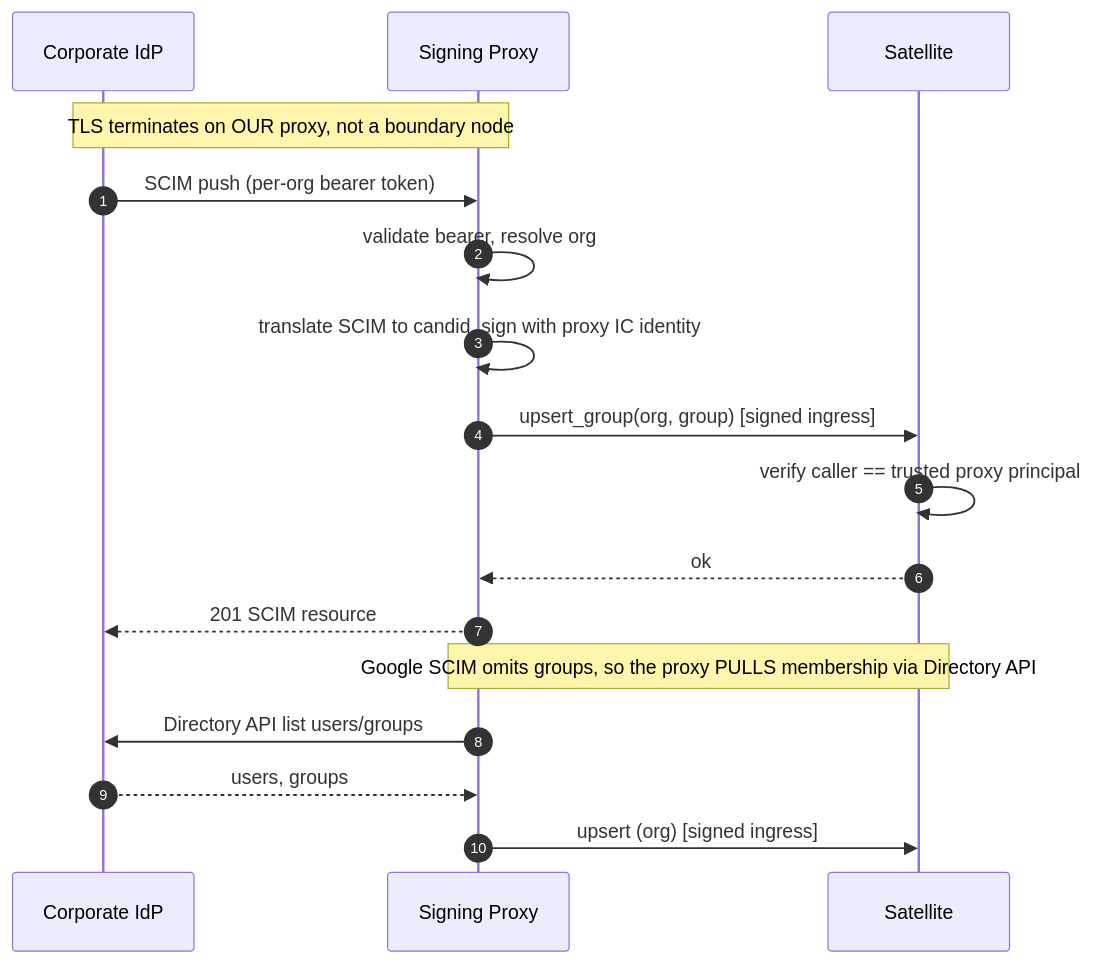
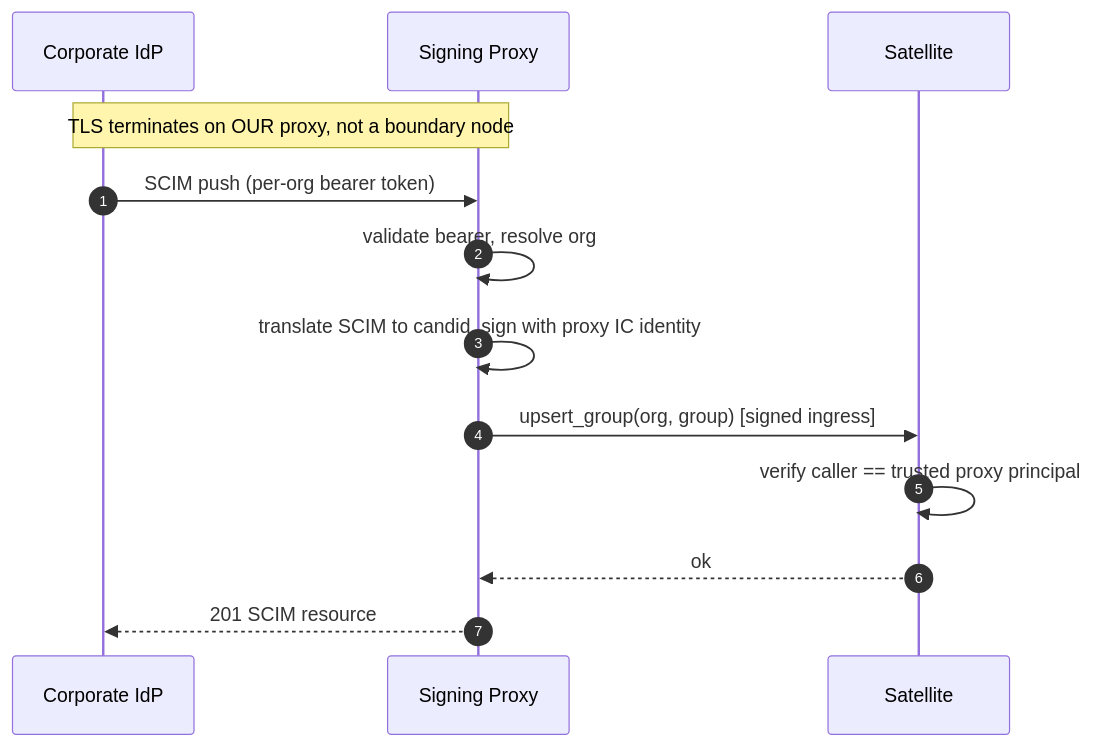
One commit to dfinity/internet-identity changed the third of 5 diagrams in docs/ongoing/enterprise-sso-per-app-access-control.md. Above: the diagram before and after it, drawn with Mermaid. The commit also changed other lines of this file, not shown here.

First line of the commit message:
docs: SCIM push only; Google in scope with admin-defined groups

````diff
--- a/docs/ongoing/enterprise-sso-per-app-access-control.md
+++ b/docs/ongoing/enterprise-sso-per-app-access-control.md
@@ -255,19 +259,15 @@
 ```mermaid
 sequenceDiagram
     autonumber
     participant IdP as Corporate IdP
     participant PX as Signing Proxy
     participant Sat as Satellite
     Note over IdP,PX: TLS terminates on OUR proxy, not a boundary node
     IdP->>PX: SCIM push (per-org bearer token)
     PX->>PX: validate bearer, resolve org
     PX->>PX: translate SCIM to candid, sign with proxy IC identity
     PX->>Sat: upsert_group(org, group) [signed ingress]
     Sat->>Sat: verify caller == trusted proxy principal
     Sat-->>PX: ok
     PX-->>IdP: 201 SCIM resource
-    Note over PX,Sat: Google SCIM omits groups, so the proxy PULLS membership via Directory API
-    PX->>IdP: Directory API list users/groups
-    IdP-->>PX: users, groups
-    PX->>Sat: upsert (org) [signed ingress]
 ```
````
